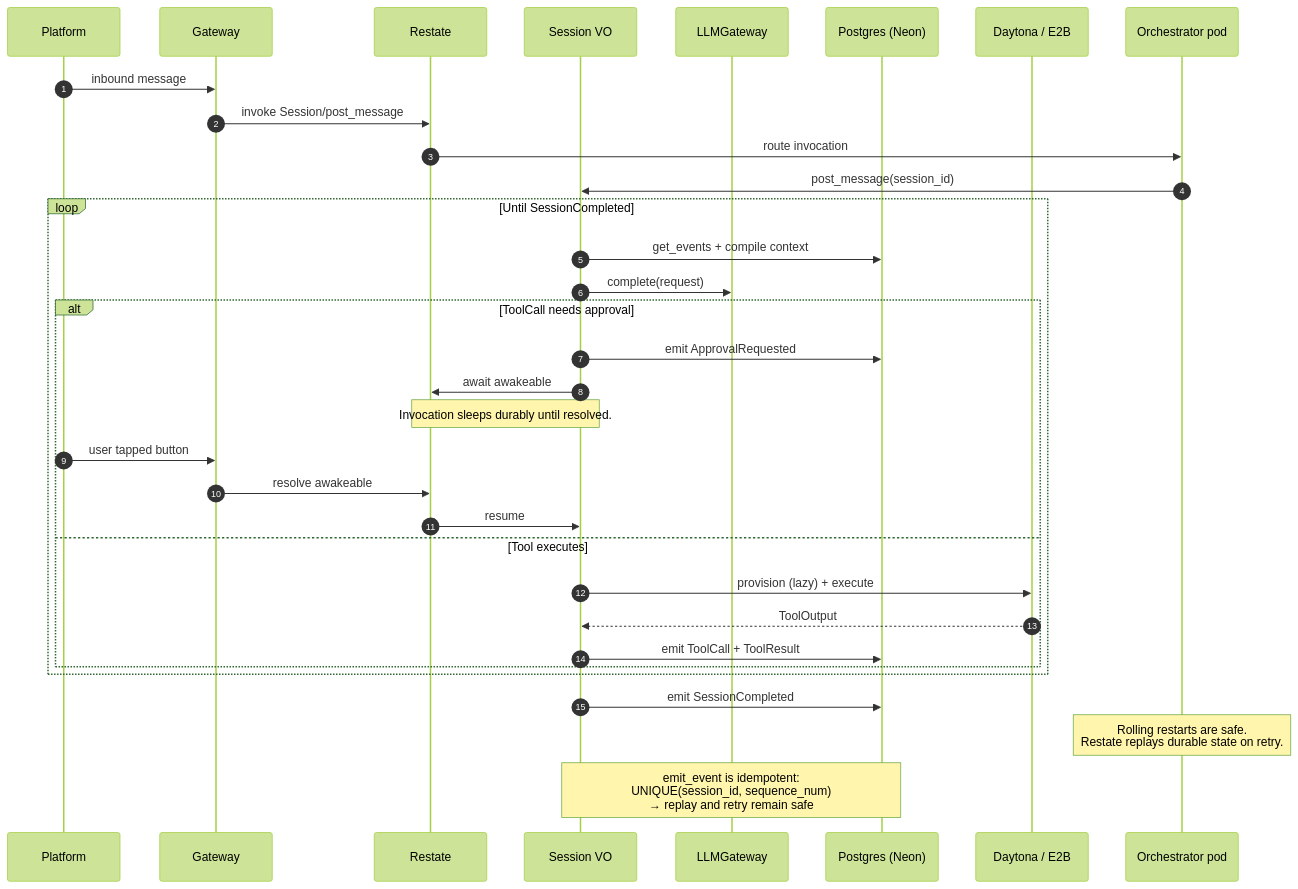
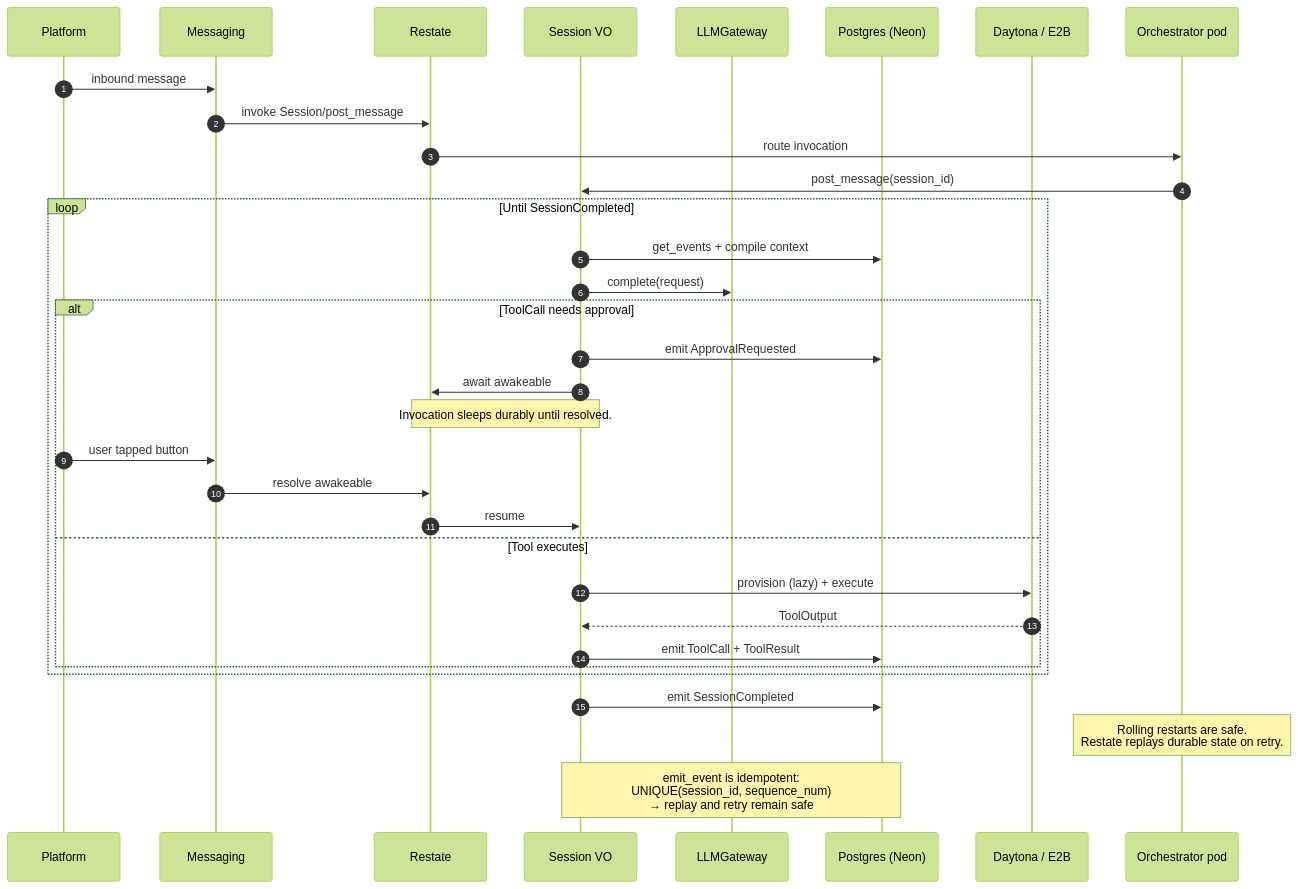
Before and after one commit to hwuiwon/moa: the tenth of 14 diagrams in sequence-diagrams.md, drawn with Mermaid (forest theme). The commit also changed other lines of this file and 69 other files, not shown here.

````diff
--- a/sequence-diagrams.md
+++ b/sequence-diagrams.md
@@ -440,39 +440,39 @@
 ```mermaid
 sequenceDiagram
     autonumber
     participant Platform
-    participant Gateway
+    participant Messaging
     participant Restate
     participant Session as Session VO
     participant LLM as LLMGateway
     participant Log as Postgres (Neon)
     participant Hand as Daytona / E2B
     participant K8s as Orchestrator pod
 
-    Platform->>Gateway: inbound message
-    Gateway->>Restate: invoke Session/post_message
+    Platform->>Messaging: inbound message
+    Messaging->>Restate: invoke Session/post_message
     Restate->>K8s: route invocation
     K8s->>Session: post_message(session_id)
 
     loop Until SessionCompleted
         Session->>Log: get_events + compile context
         Session->>LLM: complete(request)
         alt ToolCall needs approval
             Session->>Log: emit ApprovalRequested
             Session->>Restate: await awakeable
             Note over Session,Restate: Invocation sleeps durably until resolved.
-            Platform->>Gateway: user tapped button
-            Gateway->>Restate: resolve awakeable
+            Platform->>Messaging: user tapped button
+            Messaging->>Restate: resolve awakeable
             Restate->>Session: resume
         else Tool executes
             Session->>Hand: provision (lazy) + execute
             Hand-->>Session: ToolOutput
             Session->>Log: emit ToolCall + ToolResult
         end
     end
 
     Session->>Log: emit SessionCompleted
     Note over K8s: Rolling restarts are safe.<br/>Restate replays durable state on retry.
 
     Note over Session,Log: emit_event is idempotent:<br/>UNIQUE(session_id, sequence_num)<br/>→ replay and retry remain safe
 ```
````
